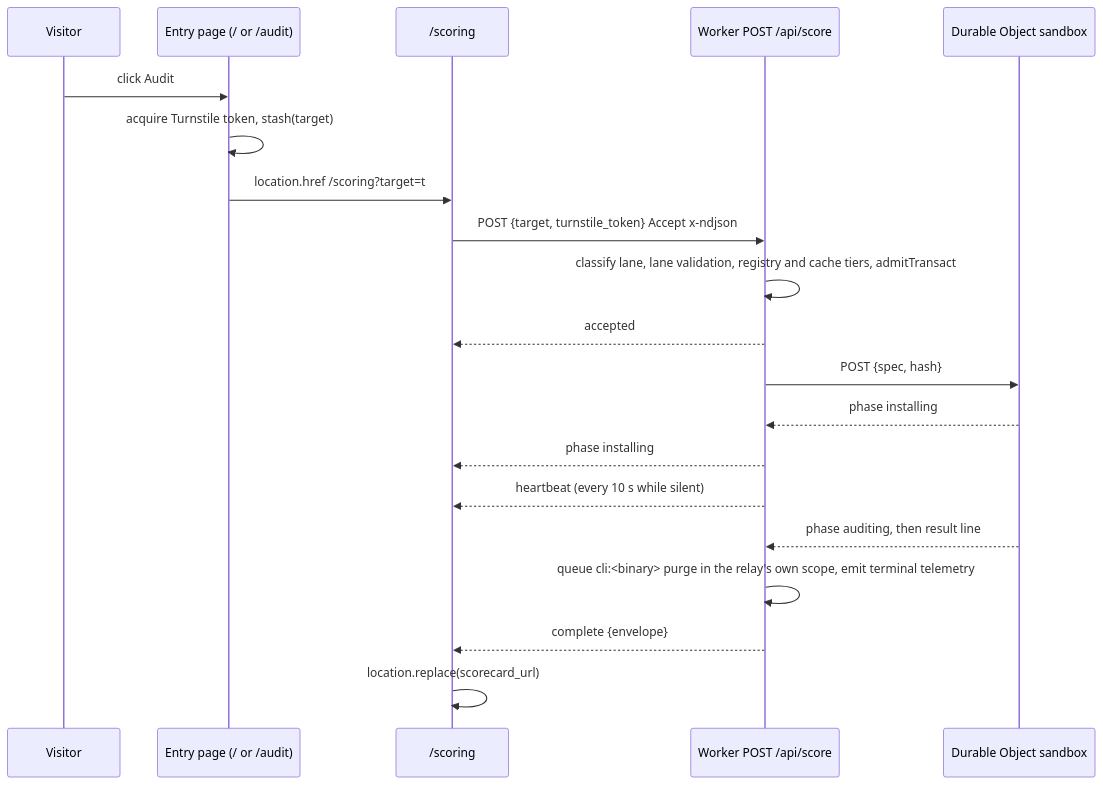
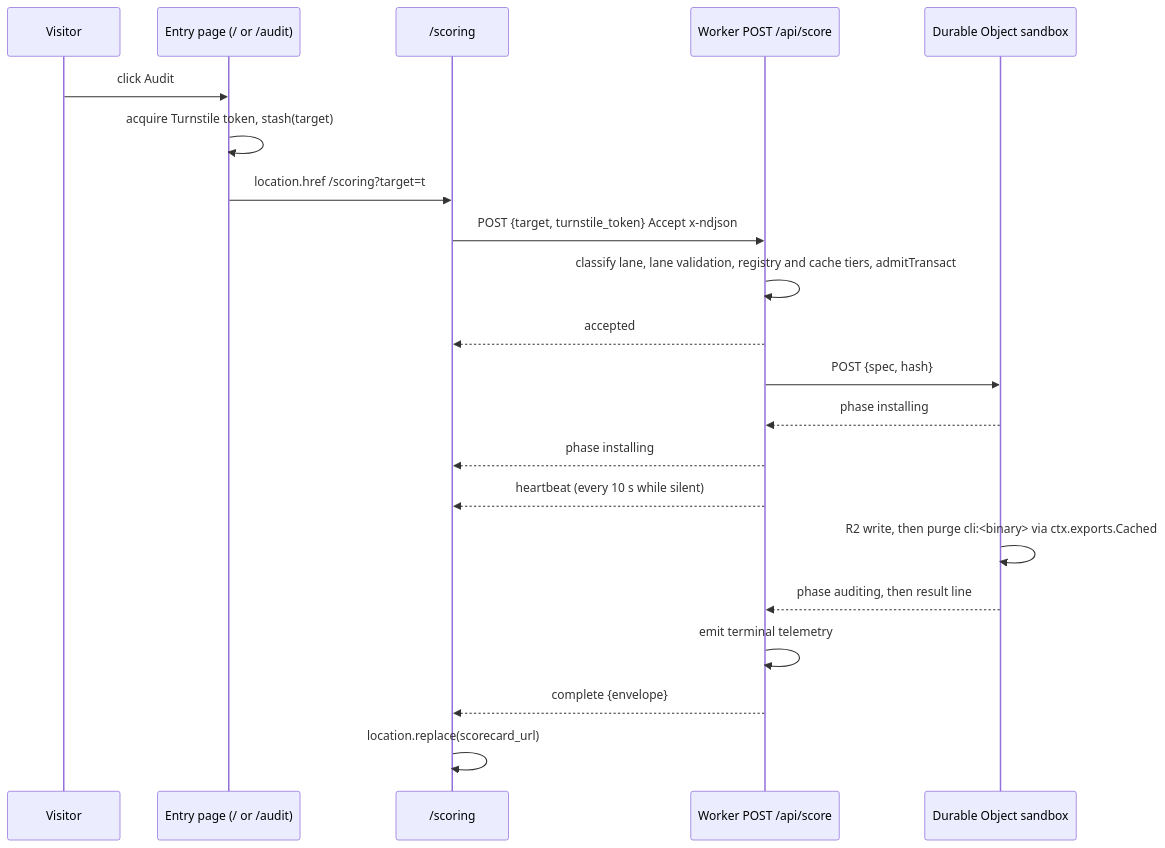
One commit to brettdavies/agentnative-site changed the second of 2 diagrams in docs/plans/2026-09-09-1123-feat-unified-audit-funnel-plan.md. Above: the diagram before and after it, drawn with Mermaid. The commit also changed other lines of this file, not shown here.

````diff
--- a/docs/plans/2026-09-09-1123-feat-unified-audit-funnel-plan.md
+++ b/docs/plans/2026-09-09-1123-feat-unified-audit-funnel-plan.md
@@ -417,22 +466,23 @@
 ```mermaid
 sequenceDiagram
   participant V as Visitor
   participant E as Entry page (/ or /audit)
   participant P as /scoring
   participant W as Worker POST /api/score
   participant D as Durable Object sandbox
   V->>E: click Audit
   E->>E: acquire Turnstile token, stash(target)
   E->>P: location.href /scoring?target=t
   P->>W: POST {target, turnstile_token} Accept x-ndjson
   W->>W: classify lane, lane validation, registry and cache tiers, admitTransact
   W-->>P: accepted
   W->>D: POST {spec, hash}
   D-->>W: phase installing
   W-->>P: phase installing
   W-->>P: heartbeat (every 10 s while silent)
+  D->>D: R2 write, then purge cli:<binary> via ctx.exports.Cached
   D-->>W: phase auditing, then result line
-  W->>W: queue cli:<binary> purge in the relay's own scope, emit terminal telemetry
+  W->>W: emit terminal telemetry
   W-->>P: complete {envelope}
   P->>P: location.replace(scorecard_url)
 ```
````
